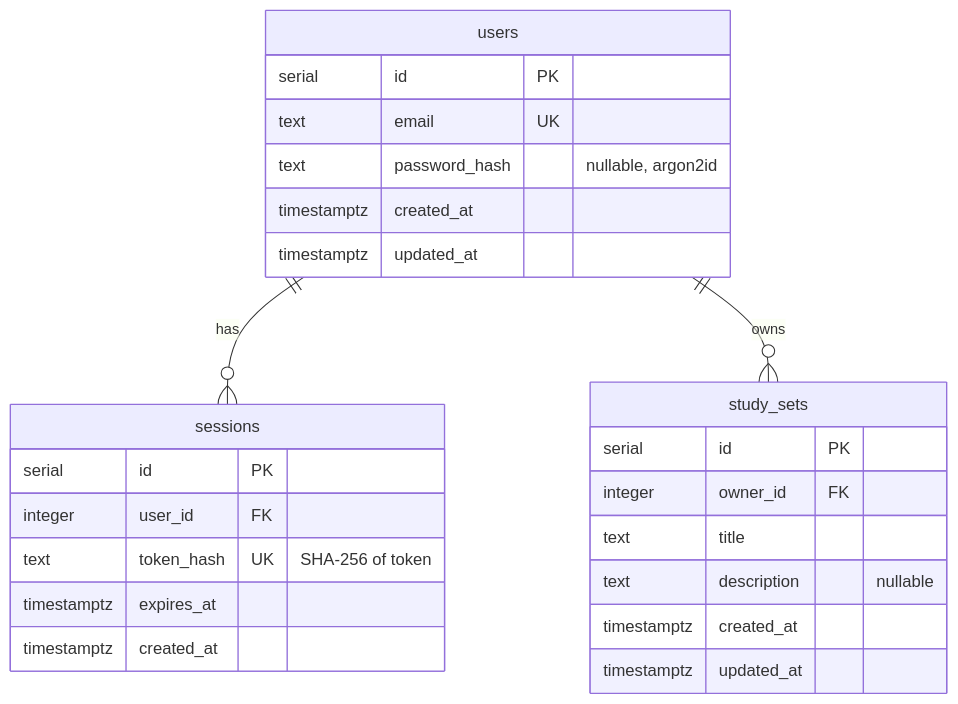
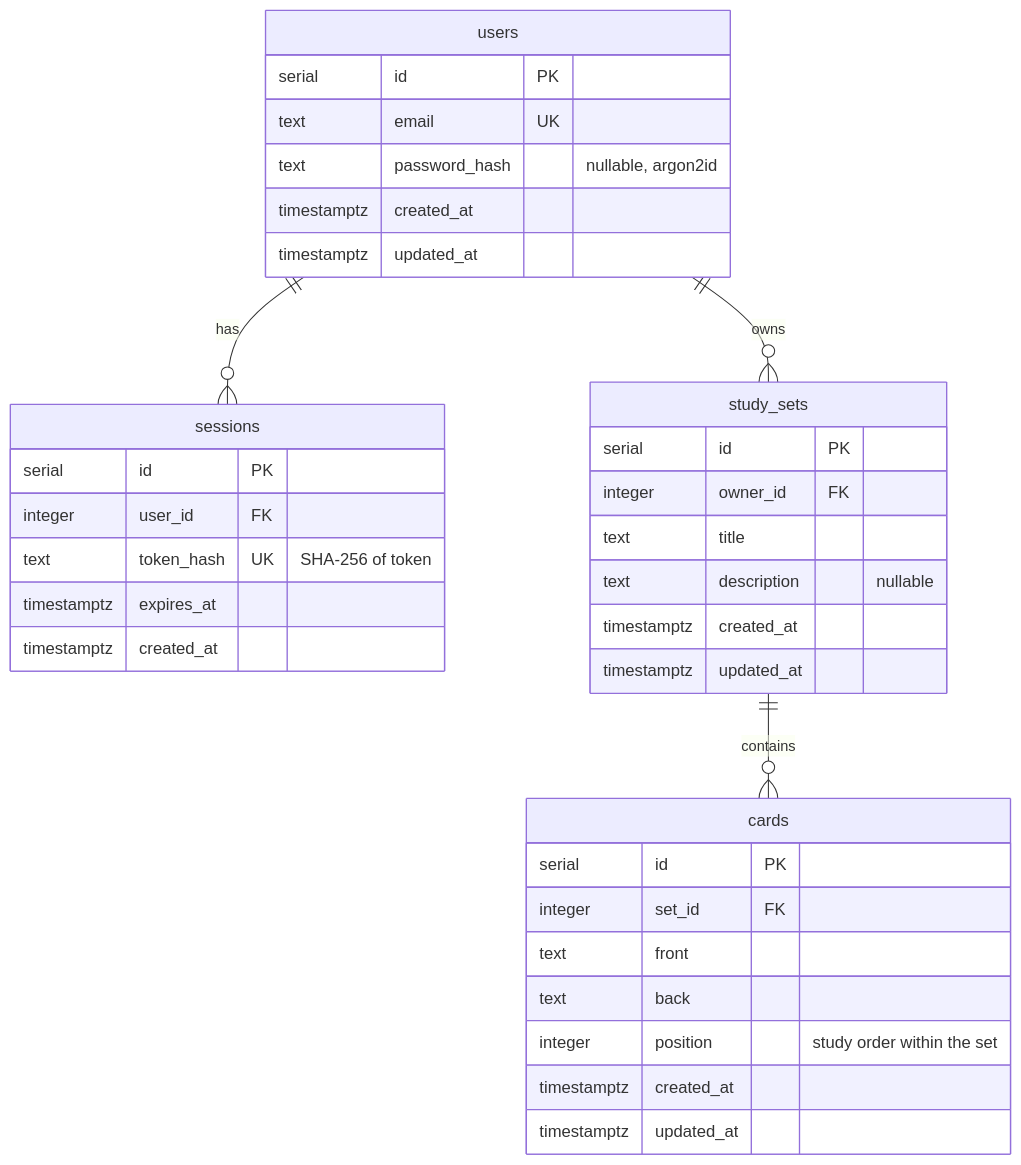
Before and after one commit to danisolation/recall: the diagram in docs/database/schema.md, drawn with Mermaid. The commit also changed other lines of this file and 5 other files, not shown here.

````diff
--- a/docs/database/schema.md
+++ b/docs/database/schema.md
@@ -46,27 +60,37 @@
 ```mermaid
 erDiagram
     users ||--o{ sessions : "has"
     users ||--o{ study_sets : "owns"
+    study_sets ||--o{ cards : "contains"
     users {
         serial id PK
         text email UK
         text password_hash "nullable, argon2id"
         timestamptz created_at
         timestamptz updated_at
     }
     sessions {
         serial id PK
         integer user_id FK
         text token_hash UK "SHA-256 of token"
         timestamptz expires_at
         timestamptz created_at
     }
     study_sets {
         serial id PK
         integer owner_id FK
         text title
         text description "nullable"
         timestamptz created_at
         timestamptz updated_at
     }
+    cards {
+        serial id PK
+        integer set_id FK
+        text front
+        text back
+        integer position "study order within the set"
+        timestamptz created_at
+        timestamptz updated_at
+    }
 ```
````
